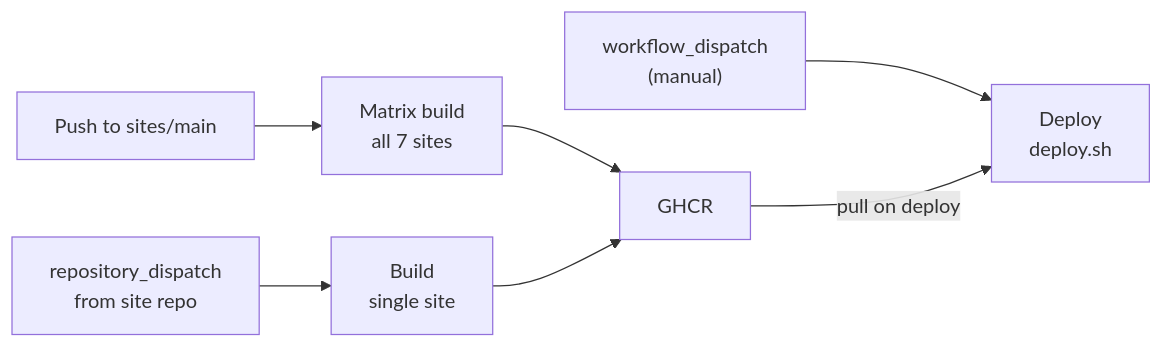
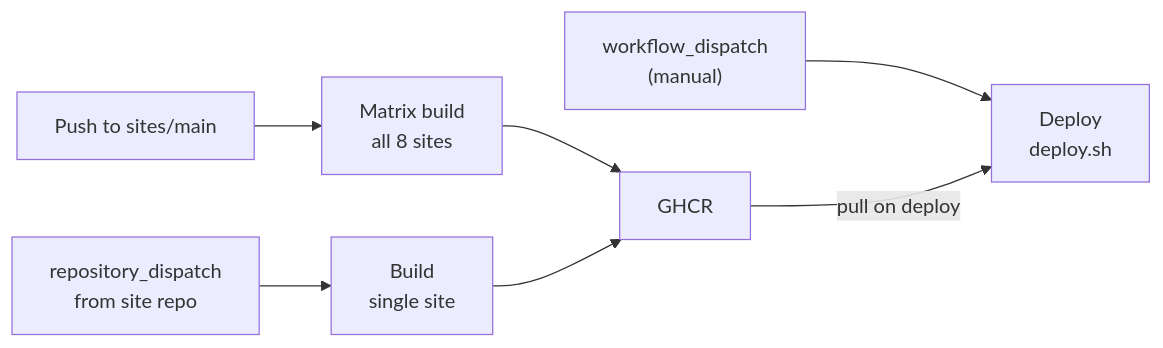
One commit to outsideworx/.kiro changed the second of 3 diagrams in prompts/outsideworx/github-actions.md. Above: the diagram before and after it, drawn with Mermaid. The commit also changed 7 other files, not shown here.

````diff
--- a/prompts/outsideworx/github-actions.md
+++ b/prompts/outsideworx/github-actions.md
@@ -57,9 +57,9 @@
 ```mermaid
 flowchart LR
-    main_push["Push to sites/main"] --> matrix["Matrix build\nall 7 sites"]
+    main_push["Push to sites/main"] --> matrix["Matrix build\nall 8 sites"]
     repo_dispatch["repository_dispatch\nfrom site repo"] --> single["Build\nsingle site"]
     matrix --> ghcr["GHCR"]
     single --> ghcr
     manual["workflow_dispatch\n(manual)"] --> deploy["Deploy\ndeploy.sh"]
     ghcr -->|"pull on deploy"| deploy
 ```
````
